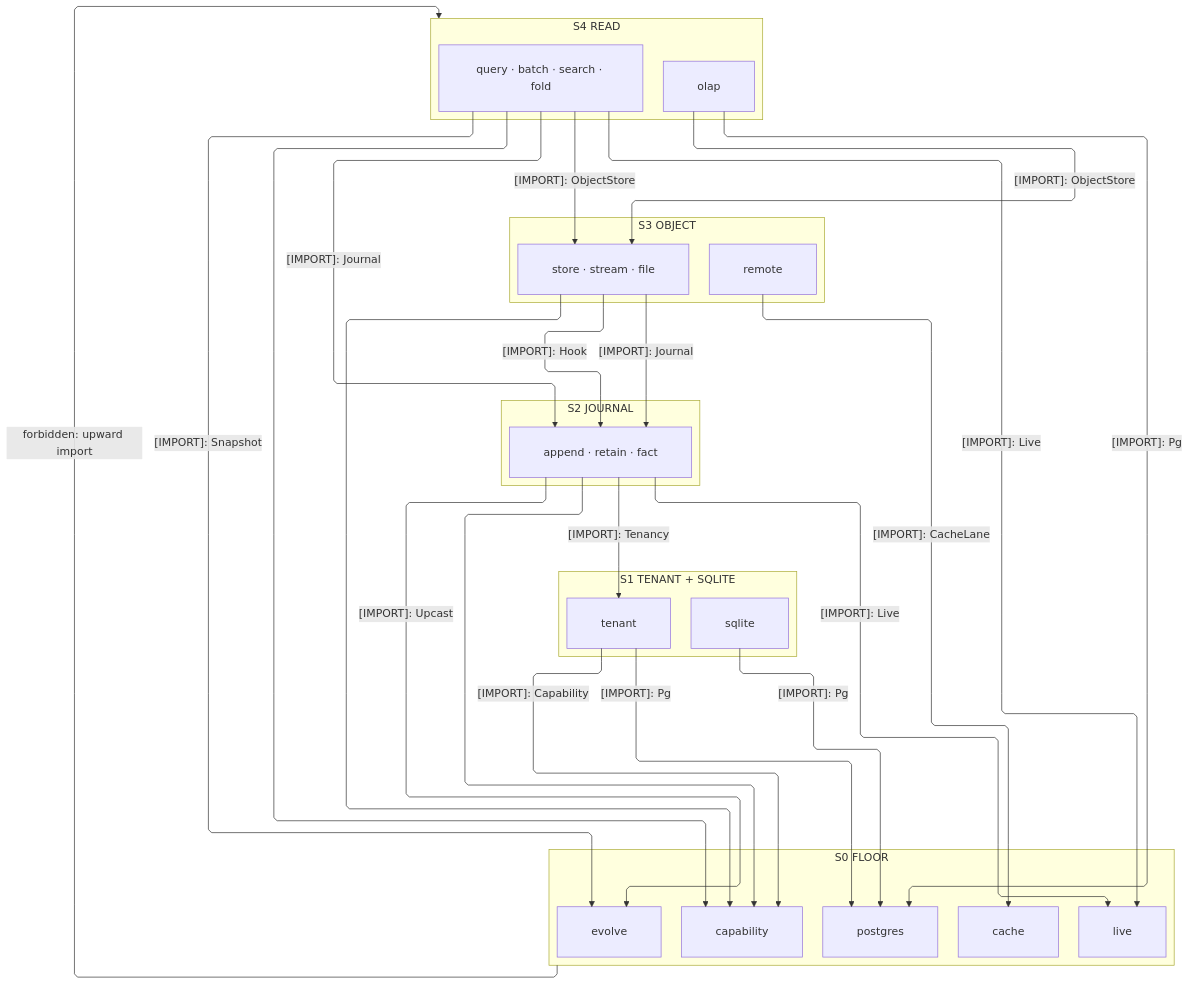
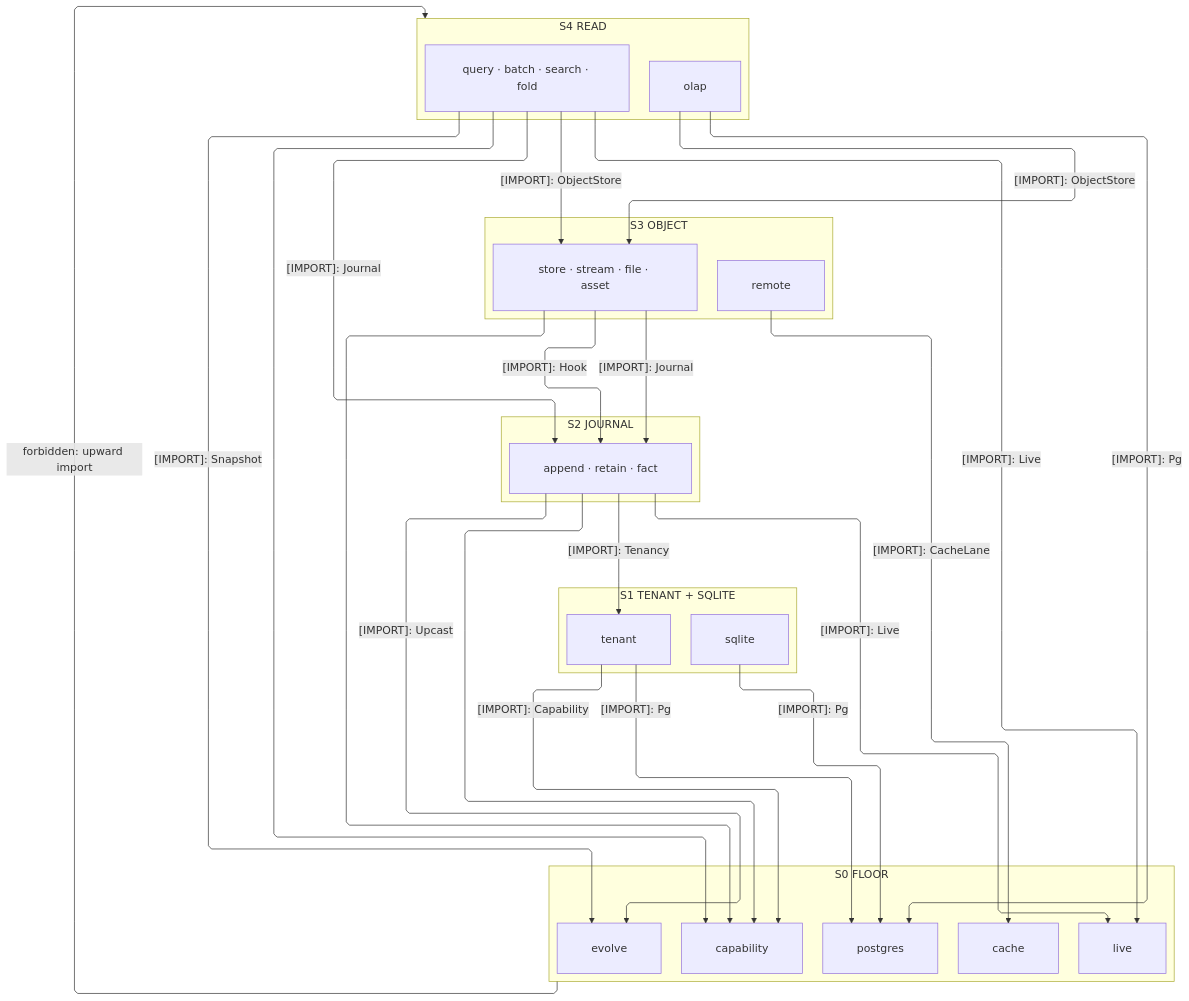
The first of 2 diagrams in libs/typescript/data/ARCHITECTURE.md (bsamiee/Rasm), drawn with Mermaid before and after one commit. The commit also changed other lines of this file and 236 other files, not shown here.

````diff
--- a/libs/typescript/data/ARCHITECTURE.md
+++ b/libs/typescript/data/ARCHITECTURE.md
@@ -45,53 +46,53 @@
 ```mermaid
 ---
 config:
   layout: elk
   flowchart:
     curve: linear
     padding: 25
 ---
 flowchart TB
     accTitle: Data interior import strata
     accDescr: Five interior strata onto the mint floor; imports downward, remote alone reaching the cache lane, olap and sqlite reading the Pg band.
     subgraph S4["S4 READ"]
         Olap[olap]
         Read["query · batch · search · fold"]
     end
     subgraph S3["S3 OBJECT"]
-        Object["store · stream · file"]
+        Object["store · stream · file · asset"]
         Remote[remote]
     end
     subgraph S2["S2 JOURNAL"]
         Journal["append · retain · fact"]
     end
     subgraph S1["S1 TENANT + SQLITE"]
         Tenant[tenant]
         Sqlite[sqlite]
     end
     subgraph S0["S0 FLOOR"]
         Postgres[postgres]
         Capability[capability]
         Evolve[evolve]
         Live[live]
         Cache[cache]
     end
     Tenant e1@-->|"[IMPORT]: Capability"| Capability
     Tenant e2@-->|"[IMPORT]: Pg"| Postgres
     Journal e3@-->|"[IMPORT]: Tenancy"| Tenant
     Journal e4@-->|"[IMPORT]: Upcast"| Evolve
     Journal e5@-->|"[IMPORT]: Live"| Live
     Journal e6@--> Capability
     Object e7@-->|"[IMPORT]: Journal"| Journal
     Remote e8@-->|"[IMPORT]: CacheLane"| Cache
     Object e9@--> Capability
     Read e10@-->|"[IMPORT]: ObjectStore"| Object
     Read e11@-->|"[IMPORT]: Journal"| Journal
     Read e12@-->|"[IMPORT]: Live"| Live
     Read e13@--> Capability
     Read e14@-->|"[IMPORT]: Snapshot"| Evolve
     Olap e15@-->|"[IMPORT]: ObjectStore"| Object
     Olap e17@-->|"[IMPORT]: Pg"| Postgres
     Sqlite e16@-->|"[IMPORT]: Pg"| Postgres
     Object e18@-->|"[IMPORT]: Hook"| Journal
     S0 f1@-->|"forbidden: upward import"| S4
 ```
````
